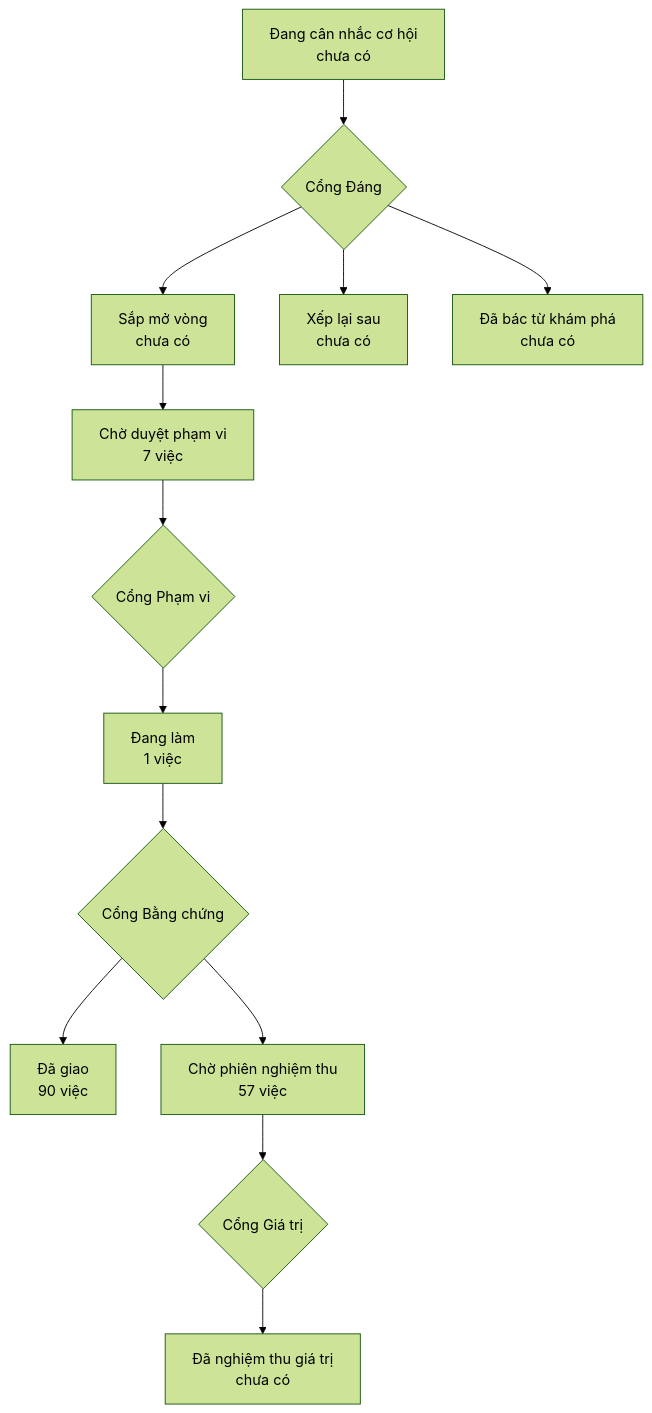
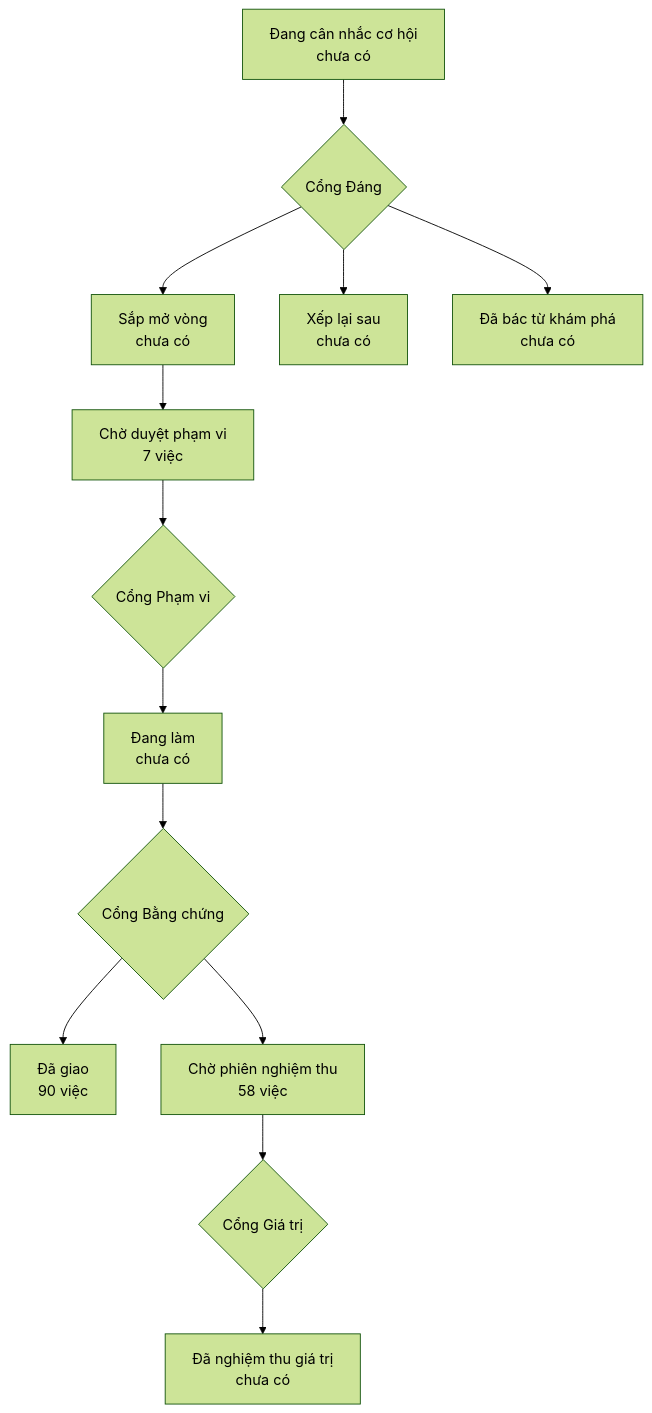
The diagram in PRODUCT-MAP.md (phanlemanh/onehub-invest), drawn with Mermaid (forest theme) before and after one commit. The commit also changed other lines of this file and 4 other files, not shown here.

````diff
--- a/PRODUCT-MAP.md
+++ b/PRODUCT-MAP.md
@@ -7,12 +7,12 @@
 ```mermaid
 flowchart TD
   A["Đang cân nhắc cơ hội<br/>chưa có"] --> GD{"Cổng Đáng"}
   GD --> B["Sắp mở vòng<br/>chưa có"]
   GD --> XL["Xếp lại sau<br/>chưa có"]
   GD --> DB["Đã bác từ khám phá<br/>chưa có"]
   B --> CD["Chờ duyệt phạm vi<br/>7 việc"] --> GP{"Cổng Phạm vi"}
-  GP --> DL["Đang làm<br/>1 việc"] --> GB{"Cổng Bằng chứng"}
+  GP --> DL["Đang làm<br/>chưa có"] --> GB{"Cổng Bằng chứng"}
   GB --> DG["Đã giao<br/>90 việc"]
-  GB --> CN["Chờ phiên nghiệm thu<br/>57 việc"] --> GG{"Cổng Giá trị"}
+  GB --> CN["Chờ phiên nghiệm thu<br/>58 việc"] --> GG{"Cổng Giá trị"}
   GG --> NT["Đã nghiệm thu giá trị<br/>chưa có"]
 ```
````
